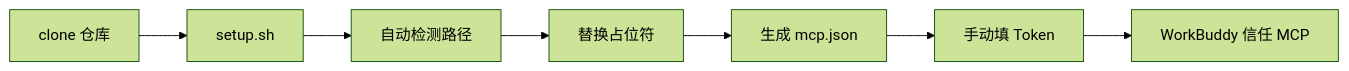
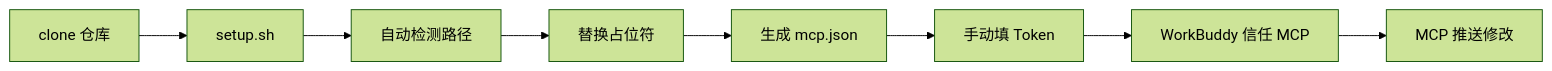
The diagram in README.md (hakuna-git/workbuddy-mcp-config), drawn with Mermaid (forest theme) before and after one commit. The commit also changed other lines of this file and 1 other file, not shown here.

Commit message:
docs: update DEPLOY/README — MCP push replaces manual git push

````diff
--- a/README.md
+++ b/README.md
@@ -67,9 +64,10 @@
 ```mermaid
 graph LR
     A[clone 仓库] --> B[setup.sh]
     B --> C[自动检测路径]
     C --> D[替换占位符]
     D --> E[生成 mcp.json]
     E --> F[手动填 Token]
     F --> G[WorkBuddy 信任 MCP]
+    G --> H[MCP 推送修改]
 ```
````
